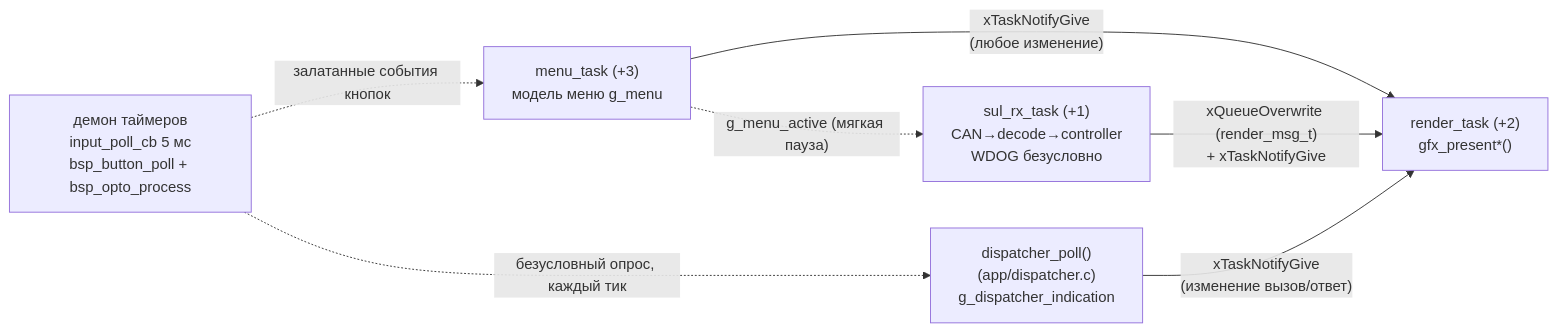
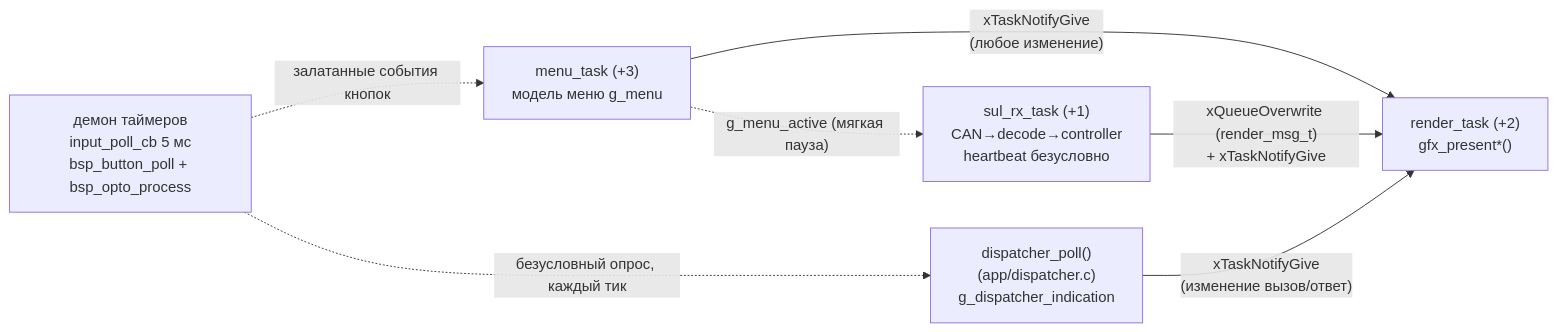
Before and after one commit to OSabuser/tft_manufacture_test: the second of 2 diagrams in docs/tft_app/TASKS.md, drawn with Mermaid. The commit also changed other lines of this file and 42 other files, not shown here.

````diff
--- a/docs/tft_app/TASKS.md
+++ b/docs/tft_app/TASKS.md
@@ -64,15 +64,15 @@
 ```mermaid
 flowchart LR
     TMR["демон таймеров<br/>input_poll_cb 5 мс<br/>bsp_button_poll + bsp_opto_process"]
     MT["menu_task (+3)<br/>модель меню g_menu"]
-    RX["sul_rx_task (+1)<br/>CAN→decode→controller<br/>WDOG безусловно"]
+    RX["sul_rx_task (+1)<br/>CAN→decode→controller<br/>heartbeat безусловно"]
     RT["render_task (+2)<br/>gfx_present*()"]
     DSP["dispatcher_poll()<br/>(app/dispatcher.c)<br/>g_dispatcher_indication"]
 
     TMR -."залатанные события кнопок".-> MT
     TMR -."безусловный опрос, каждый тик".-> DSP
     MT -->|"xTaskNotifyGive<br/>(любое изменение)"| RT
     RX -->|"xQueueOverwrite (render_msg_t)<br/>+ xTaskNotifyGive"| RT
     DSP -->|"xTaskNotifyGive<br/>(изменение вызов/ответ)"| RT
     MT -."g_menu_active (мягкая пауза)".-> RX
 ```
````
